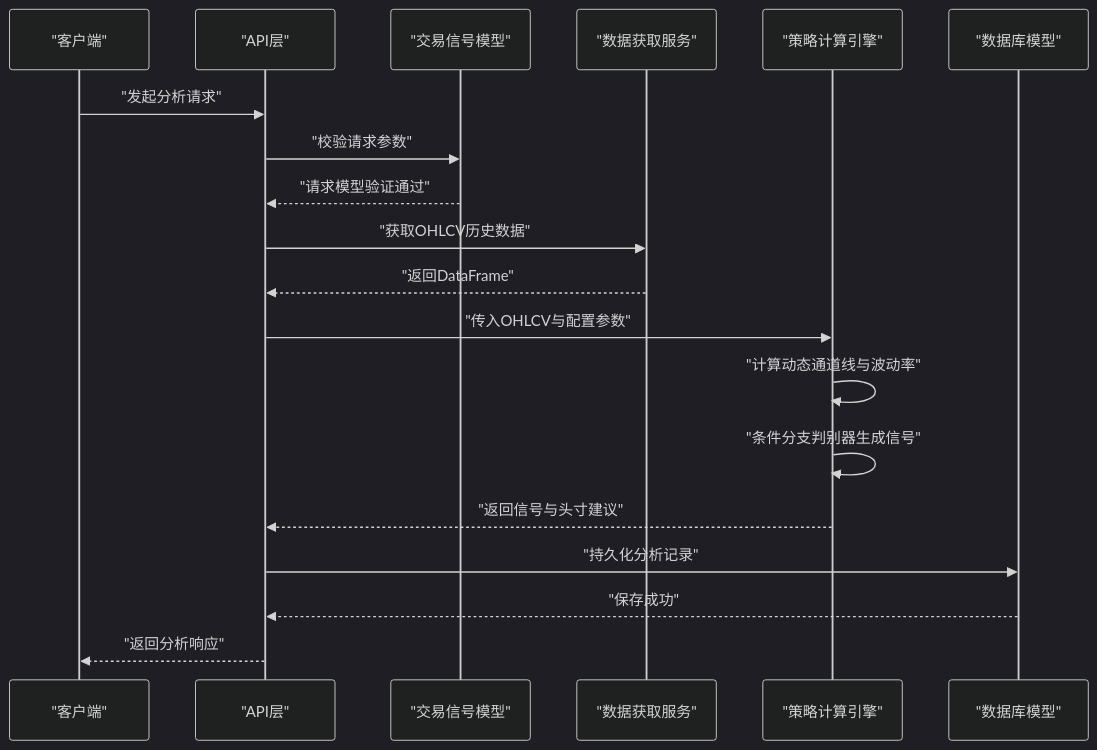
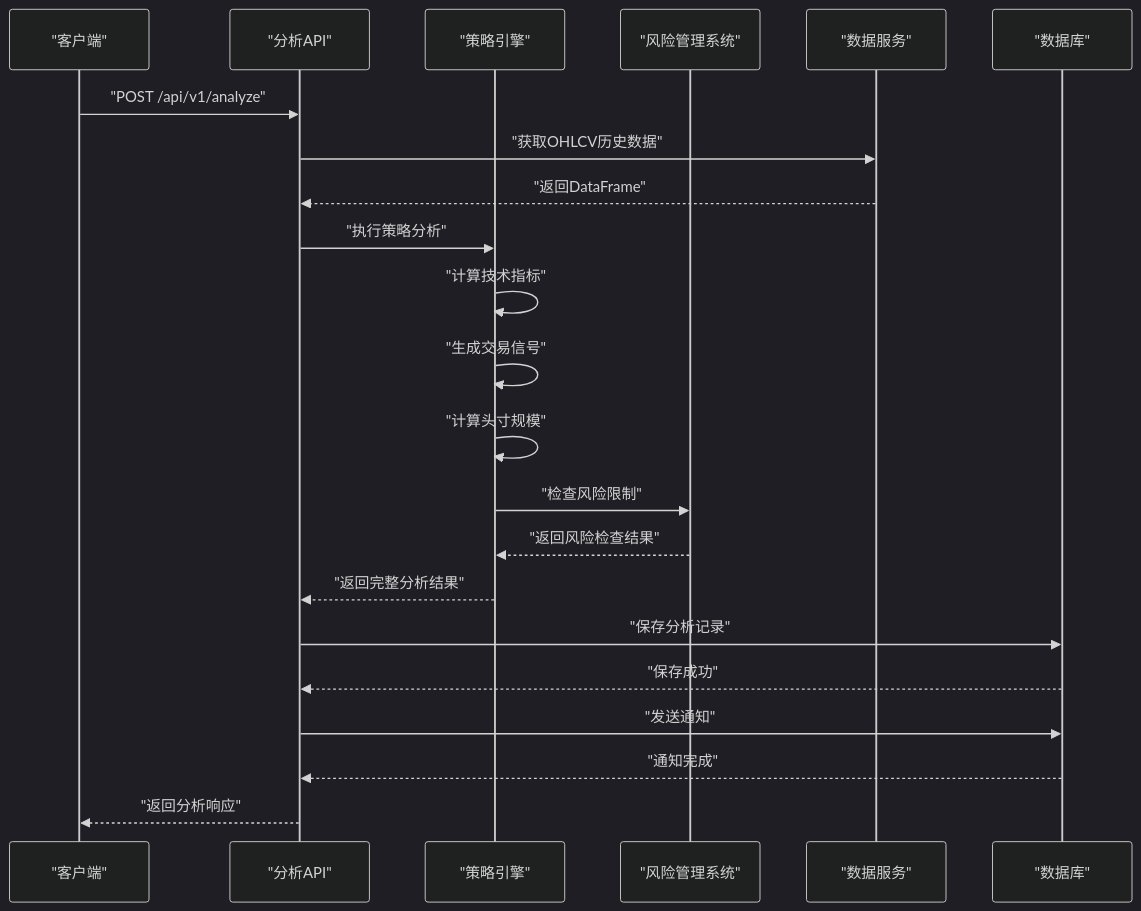
Before and after one commit to raymodny-ai/The-Modern-Turtle-Protocol: the second of 7 diagrams in .qoder/repowiki/zh/content/核心功能模块/策略计算模块.md, drawn with Mermaid (dark theme). The commit also changed other lines of this file and 15 other files, not shown here.

````diff
--- a/.qoder/repowiki/zh/content/核心功能模块/策略计算模块.md
+++ b/.qoder/repowiki/zh/content/核心功能模块/策略计算模块.md
@@ -87,21 +104,24 @@
 ```mermaid
 sequenceDiagram
 participant Client as "客户端"
-participant API as "API层"
-participant Schema as "交易信号模型"
-participant Fetch as "数据获取服务"
-participant Engine as "策略计算引擎"
-participant DB as "数据库模型"
-Client->>API : "发起分析请求"
-API->>Schema : "校验请求参数"
-Schema-->>API : "请求模型验证通过"
-API->>Fetch : "获取OHLCV历史数据"
-Fetch-->>API : "返回DataFrame"
-API->>Engine : "传入OHLCV与配置参数"
-Engine->>Engine : "计算动态通道线与波动率"
-Engine->>Engine : "条件分支判别器生成信号"
-Engine-->>API : "返回信号与头寸建议"
-API->>DB : "持久化分析记录"
+participant API as "分析API"
+participant Strategy as "策略引擎"
+participant Risk as "风险管理系统"
+participant Data as "数据服务"
+participant DB as "数据库"
+Client->>API : "POST /api/v1/analyze"
+API->>Data : "获取OHLCV历史数据"
+Data-->>API : "返回DataFrame"
+API->>Strategy : "执行策略分析"
+Strategy->>Strategy : "计算技术指标"
+Strategy->>Strategy : "生成交易信号"
+Strategy->>Strategy : "计算头寸规模"
+Strategy->>Risk : "检查风险限制"
+Risk-->>Strategy : "返回风险检查结果"
+Strategy-->>API : "返回完整分析结果"
+API->>DB : "保存分析记录"
 DB-->>API : "保存成功"
+API->>DB : "发送通知"
+DB-->>API : "通知完成"
 API-->>Client : "返回分析响应"
 ```
````
